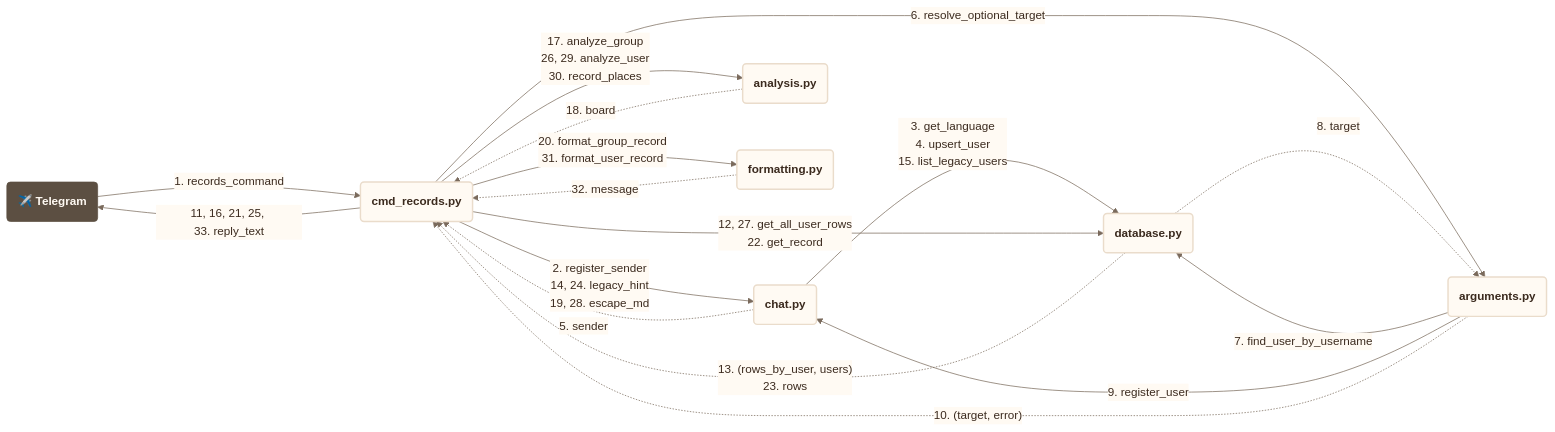
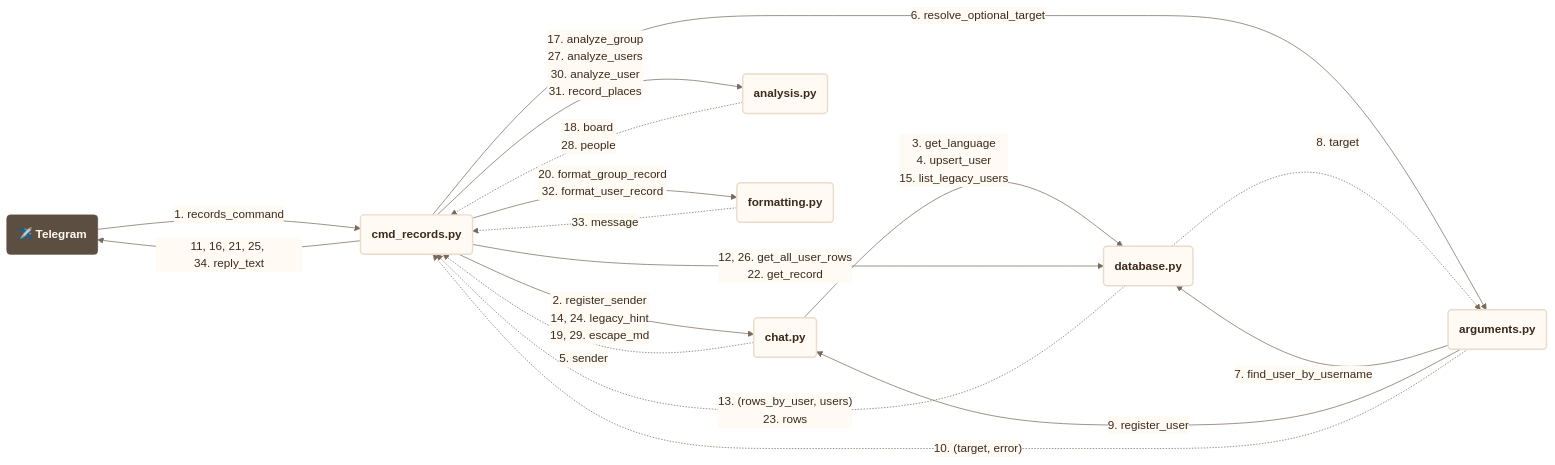
Before and after one commit to francescoperrino/Caccometro: diagram 11 of 42 in docs/use_cases.md, drawn with Mermaid. The commit also changed other lines of this file and 9 other files, not shown here.

````diff
--- a/docs/use_cases.md
+++ b/docs/use_cases.md
@@ -910,64 +940,64 @@
 ```mermaid
 ---
 config:
   theme: base
   themeVariables:
     fontFamily: "Nunito, Segoe UI, Roboto, sans-serif"
     primaryColor: "#fffaf3"
     primaryTextColor: "#3b2a1e"
     primaryBorderColor: "#eadccb"
     secondaryColor: "#f7ecdc"
     tertiaryColor: "#f3e4d0"
     lineColor: "#7a6a5c"
     textColor: "#3b2a1e"
     edgeLabelBackground: "#fffaf3"
     clusterBkg: "#f3e4d0"
     clusterBorder: "#cbbca9"
     titleColor: "#5c4f42"
     noteBkgColor: "#f7ecdc"
     noteTextColor: "#3b2a1e"
     actorBkg: "#fffaf3"
     actorBorder: "#5c4f42"
     actorTextColor: "#3b2a1e"
     signalColor: "#7a6a5c"
     signalTextColor: "#3b2a1e"
     labelBoxBkgColor: "#f3e4d0"
     loopTextColor: "#3b2a1e"
     sequenceNumberColor: "#fffaf3"
     xyChart:
       plotColorPalette: "#2f4f8f"
   flowchart:
     nodeSpacing: 50
     rankSpacing: 160
 ---
 flowchart LR
     accTitle: Communication diagram, /records (/record)
     accDescr: The modules involved, the functions each one calls in another and what comes back, numbered as in the sequence
     telegram("<b>✈️ Telegram</b>")
     cmd_records("<b>cmd_records.py</b>")
     chat("<b>chat.py</b>")
     database("<b>database.py</b>")
     arguments("<b>arguments.py</b>")
     analysis("<b>analysis.py</b>")
     formatting("<b>formatting.py</b>")
     telegram -->|"1.#nbsp;records_command"| cmd_records
-    cmd_records -->|"2.#nbsp;register_sender<br/>14, 24.#nbsp;legacy_hint<br/>19, 28.#nbsp;escape_md"| chat
+    cmd_records -->|"2.#nbsp;register_sender<br/>14, 24.#nbsp;legacy_hint<br/>19, 29.#nbsp;escape_md"| chat
     chat -->|"3.#nbsp;get_language<br/>4.#nbsp;upsert_user<br/>15.#nbsp;list_legacy_users"| database
     chat -.->|"5.#nbsp;sender"| cmd_records
     cmd_records -->|"6.#nbsp;resolve_optional_target"| arguments
     arguments -->|"7.#nbsp;find_user_by_username"| database
     database -.->|"8.#nbsp;target"| arguments
     arguments -->|"9.#nbsp;register_user"| chat
     arguments -.->|"10.#nbsp;(target, error)"| cmd_records
-    cmd_records -->|"11, 16, 21, 25, 33.#nbsp;reply_text"| telegram
-    cmd_records -->|"12, 27.#nbsp;get_all_user_rows<br/>22.#nbsp;get_record"| database
+    cmd_records -->|"11, 16, 21, 25, 34.#nbsp;reply_text"| telegram
+    cmd_records -->|"12, 26.#nbsp;get_all_user_rows<br/>22.#nbsp;get_record"| database
     database -.->|"13.#nbsp;(rows_by_user, users)<br/>23.#nbsp;rows"| cmd_records
-    cmd_records -->|"17.#nbsp;analyze_group<br/>26, 29.#nbsp;analyze_user<br/>30.#nbsp;record_places"| analysis
-    analysis -.->|"18.#nbsp;board"| cmd_records
-    cmd_records -->|"20.#nbsp;format_group_record<br/>31.#nbsp;format_user_record"| formatting
-    formatting -.->|"32.#nbsp;message"| cmd_records
+    cmd_records -->|"17.#nbsp;analyze_group<br/>27.#nbsp;analyze_users<br/>30.#nbsp;analyze_user<br/>31.#nbsp;record_places"| analysis
+    analysis -.->|"18.#nbsp;board<br/>28.#nbsp;people"| cmd_records
+    cmd_records -->|"20.#nbsp;format_group_record<br/>32.#nbsp;format_user_record"| formatting
+    formatting -.->|"33.#nbsp;message"| cmd_records
     classDef step fill:#fffaf3,stroke:#eadccb,stroke-width:2px,color:#3b2a1e
     classDef person fill:#5c4f42,stroke:#5c4f42,color:#fffaf3
     class cmd_records,chat,database,arguments,analysis,formatting step
     class telegram person
 ```
````
